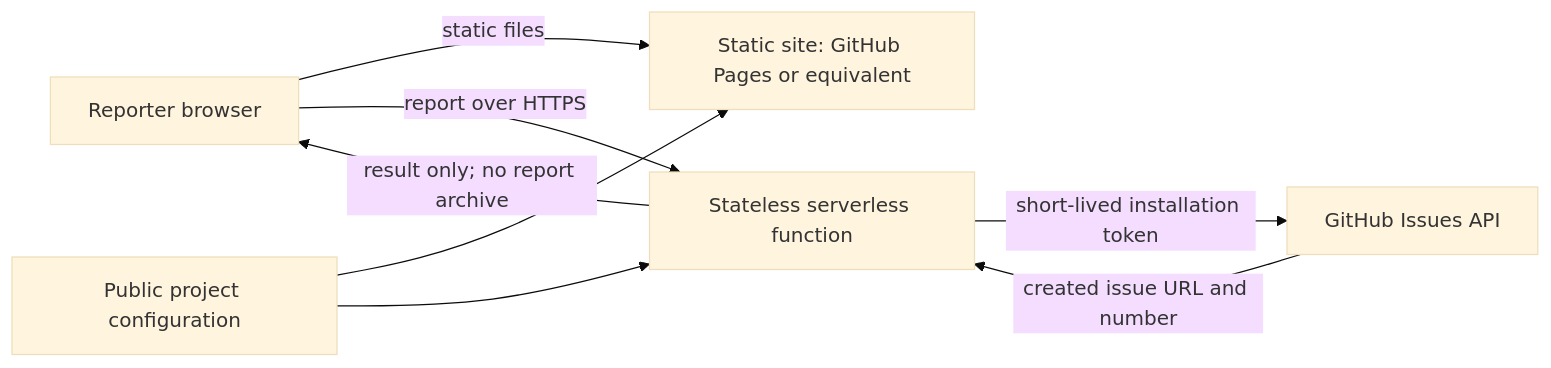
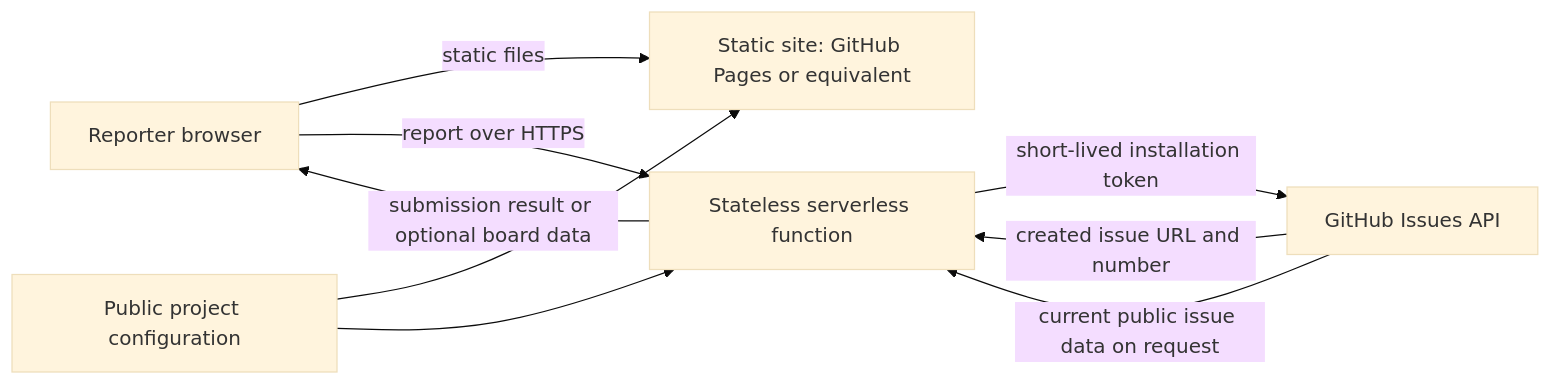
One commit to apertrust/issue-foyer changed the diagram in docs/vision-and-technical-design.md. Above: the diagram before and after it, drawn with Mermaid (base theme). The commit also changed other lines of this file, not shown here.

Commit message:
Clarify IssueFoyer reporter flows

````diff
--- a/docs/vision-and-technical-design.md
+++ b/docs/vision-and-technical-design.md
@@ -56,10 +90,11 @@
 ```mermaid
 flowchart LR
   R[Reporter browser] -->|static files| S[Static site: GitHub Pages or equivalent]
   R -->|report over HTTPS| F[Stateless serverless function]
   F -->|short-lived installation token| G[GitHub Issues API]
   G -->|created issue URL and number| F
-  F -->|result only; no report archive| R
+  G -->|current public issue data on request| F
+  F -->|submission result or optional board data| R
   C[Public project configuration] --> S
   C --> F
 ```
````
